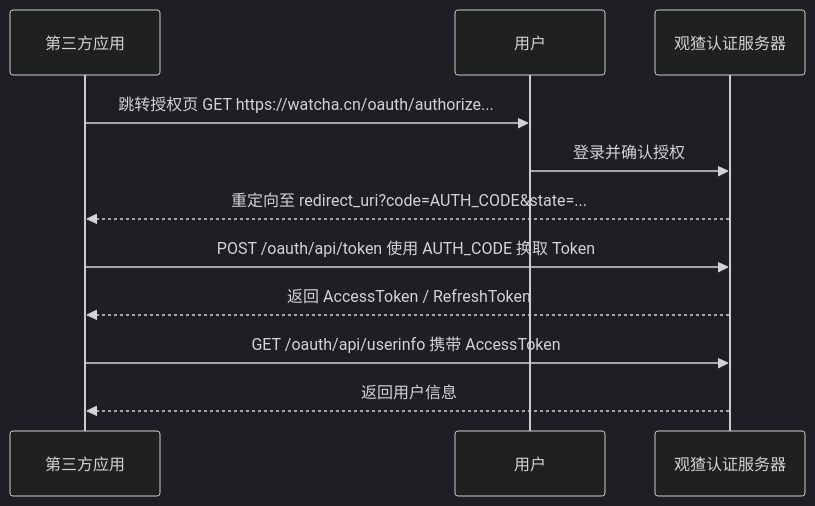
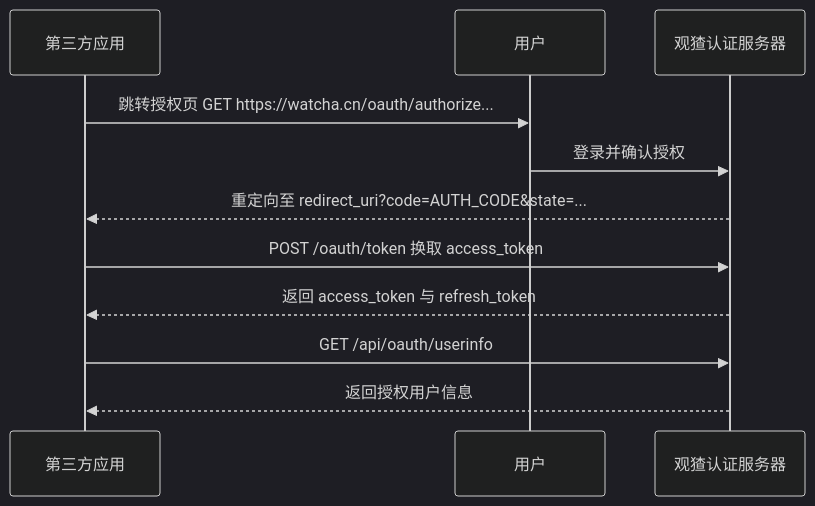
The diagram in docs/图片和附件/watcha_oauth2接入文档.md (NLPark-Cran/my-token-danced-by-bike), drawn with Mermaid (dark theme) before and after one commit. The commit also changed other lines of this file and 35 other files, not shown here.

First line of the commit message:
feat: 霓虹赛博版重建（Pixi 引擎重写 + 观猹 OAuth + Hono/SQLite API）

````diff
--- a/docs/图片和附件/watcha_oauth2接入文档.md
+++ b/docs/图片和附件/watcha_oauth2接入文档.md
@@ -5,17 +5,13 @@
 ```mermaid
 sequenceDiagram
     participant App as 第三方应用
     participant User as 用户
     participant Watcha as 观猹认证服务器
-
     App->>User: 跳转授权页 GET https://watcha.cn/oauth/authorize...
     User->>Watcha: 登录并确认授权
     Watcha-->>App: 重定向至 redirect_uri?code=AUTH_CODE&state=...
-
-    App->>Watcha: POST /oauth/api/token 使用 AUTH_CODE 换取 Token
-    Watcha-->>App: 返回 AccessToken / RefreshToken
-
-    App->>Watcha: GET /oauth/api/userinfo 携带 AccessToken
-    Watcha-->>App: 返回用户信息
-
+    App->>Watcha: POST /oauth/token 换取 access_token
+    Watcha-->>App: 返回 access_token 与 refresh_token
+    App->>Watcha: GET /api/oauth/userinfo
+    Watcha-->>App: 返回授权用户信息
 ```
````
